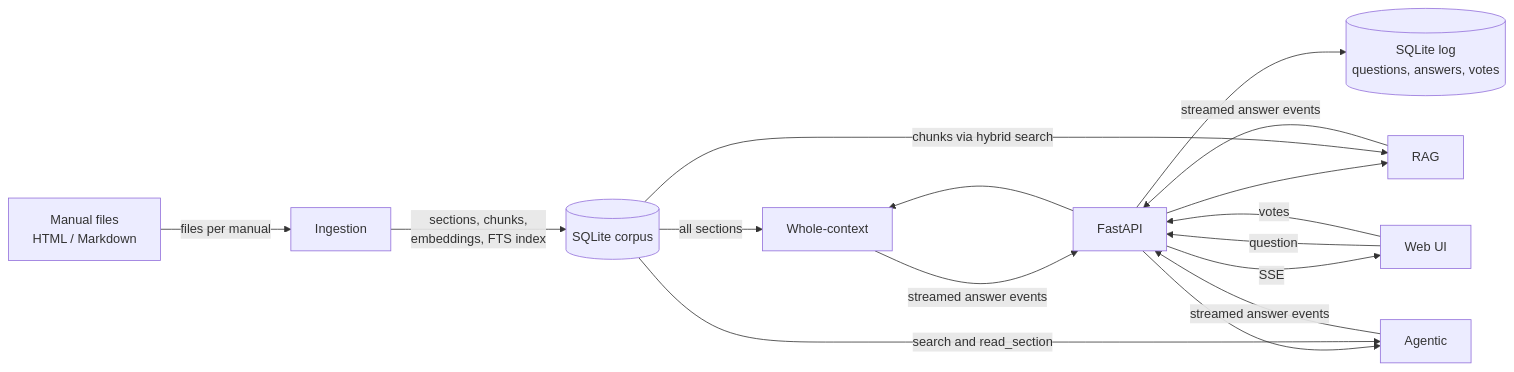
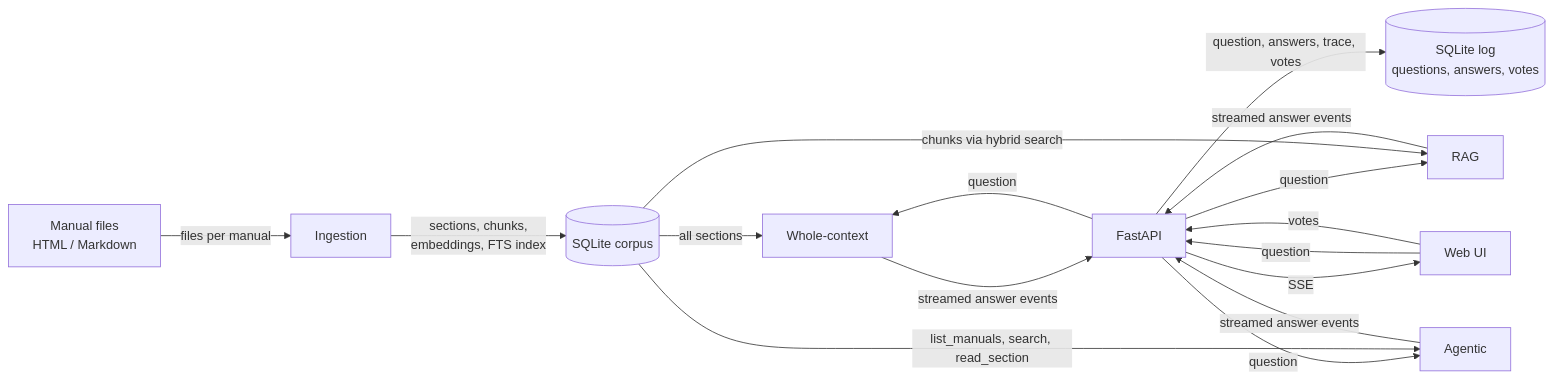
Before and after one commit to belaboros/UserManualAssistant: the diagram in uma/static/diagrams/overview.mmd, drawn with Mermaid. The commit also changed 6 other files, not shown here.

Commit message:
docs: correct RAG, agentic and whole-context diagrams after review

```diff
--- a/uma/static/diagrams/overview.mmd
+++ b/uma/static/diagrams/overview.mmd
@@ -1,14 +1,14 @@
 flowchart LR
     M["Manual files<br/>HTML / Markdown"] -->|"files per manual"| I["Ingestion"]
     I -->|"sections, chunks,<br/>embeddings, FTS index"| DB[("SQLite corpus")]
     UI["Web UI"] -->|"question"| API["FastAPI"]
-    API --> S1["Whole-context"]
-    API --> S2["RAG"]
-    API --> S3["Agentic"]
+    API -->|"question"| S1["Whole-context"]
+    API -->|"question"| S2["RAG"]
+    API -->|"question"| S3["Agentic"]
     DB -->|"all sections"| S1
     DB -->|"chunks via hybrid search"| S2
-    DB -->|"search and read_section"| S3
+    DB -->|"list_manuals, search, read_section"| S3
     S1 & S2 & S3 -->|"streamed answer events"| API
     API -->|"SSE"| UI
     UI -->|"votes"| API
-    API --> LOG[("SQLite log<br/>questions, answers, votes")]
+    API -->|"question, answers, trace, votes"| LOG[("SQLite log<br/>questions, answers, votes")]
```
